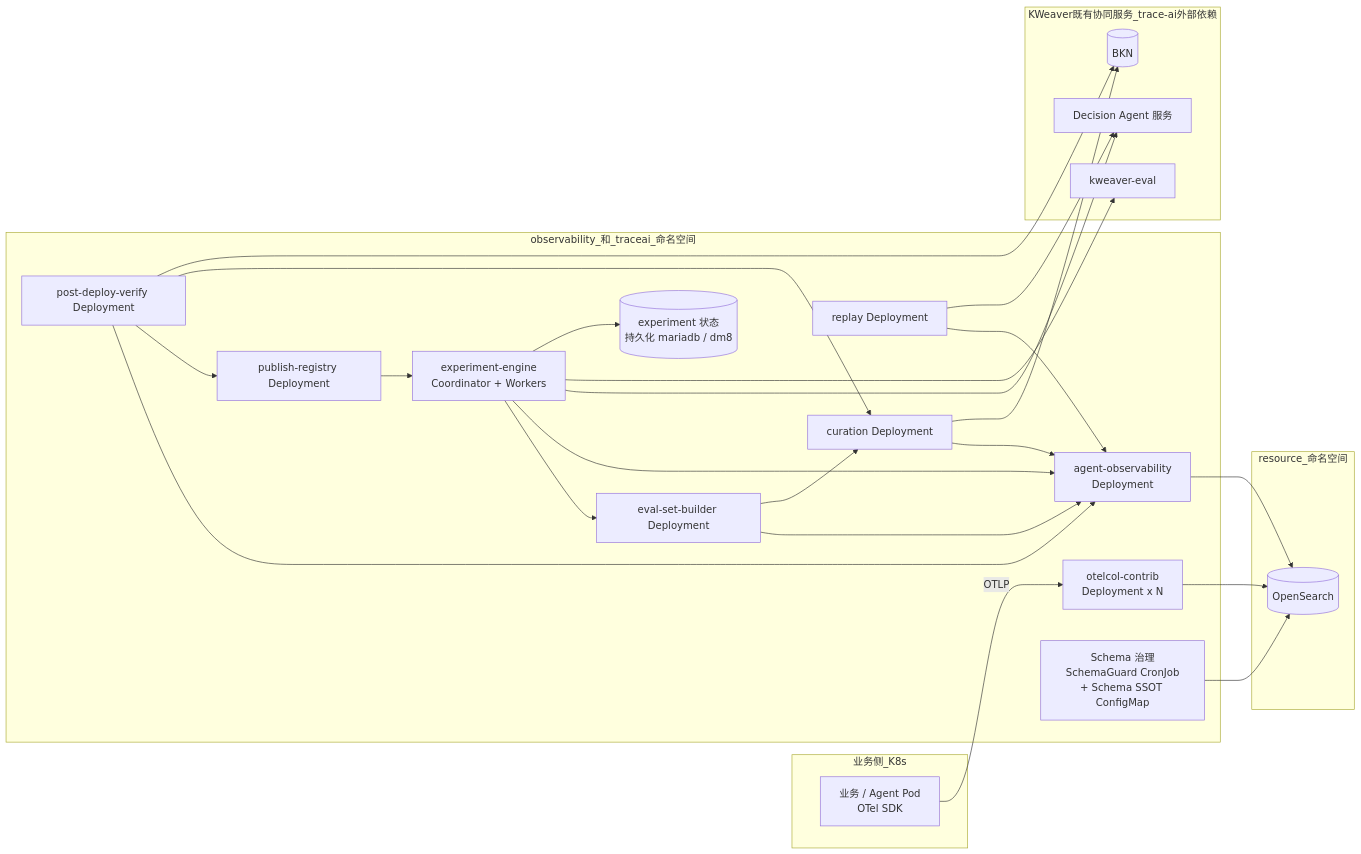
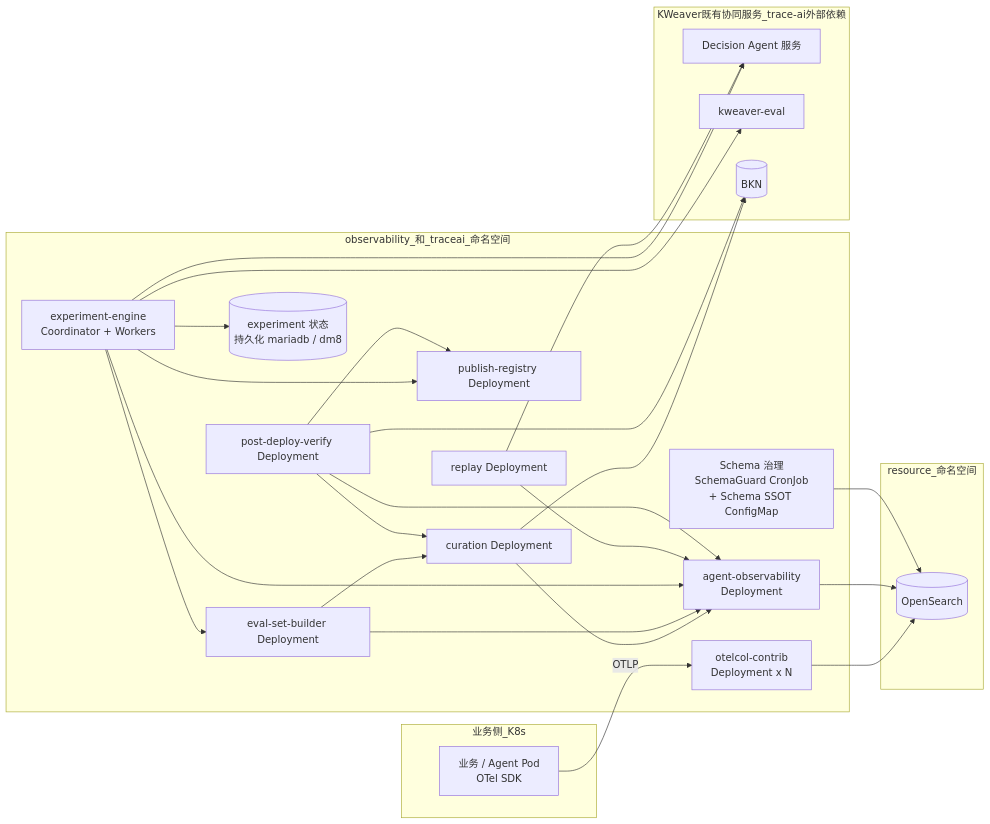
The fourth of 4 diagrams in vision/trace-ai-continuous-learning-design.md (xforce-io/plan-traceai), drawn with Mermaid before and after one commit. The commit also changed other lines of this file and 1 other file, not shown here.

````diff
--- a/vision/trace-ai-continuous-learning-design.md
+++ b/vision/trace-ai-continuous-learning-design.md
@@ -658,50 +608,50 @@
 ```mermaid
 graph LR
     subgraph 业务侧_K8s
         A1[业务 / Agent Pod<br/>OTel SDK]
     end
 
     subgraph observability_和_traceai_命名空间
         Coll[otelcol-contrib<br/>Deployment x N]
         ObsSvc[agent-observability<br/>Deployment]
         CurSvc[curation Deployment]
         EvalSvc[eval-set-builder Deployment]
         ExpCoord[experiment-engine<br/>Coordinator + Workers]
         RepSvc[replay Deployment]
         PubSvc[publish-registry Deployment]
         VfySvc[post-deploy-verify Deployment]
         SchemaSvc[Schema 治理<br/>SchemaGuard CronJob<br/>+ Schema SSOT ConfigMap]
         ExpStore[(experiment 状态<br/>持久化 mariadb / dm8)]
     end
 
     subgraph resource_命名空间
         OS[(OpenSearch)]
     end
 
     subgraph KWeaver既有协同服务_trace-ai外部依赖
         DASvc[Decision Agent 服务]
         EvalCMD[kweaver-eval]
         BKNStore[(BKN)]
     end
 
     A1 -->|OTLP| Coll
     Coll --> OS
     ObsSvc --> OS
     CurSvc --> ObsSvc
     EvalSvc --> ObsSvc
     EvalSvc --> CurSvc
     ExpCoord --> EvalSvc
     ExpCoord --> ObsSvc
     ExpCoord --> DASvc
     ExpCoord --> EvalCMD
     ExpCoord --> ExpStore
     RepSvc --> ObsSvc
     RepSvc --> DASvc
-    PubSvc --> ExpCoord
+    ExpCoord --> PubSvc
     VfySvc --> ObsSvc
     VfySvc --> PubSvc
     VfySvc --> CurSvc
     SchemaSvc --> OS
     CurSvc --> BKNStore
     VfySvc --> BKNStore
 ```
````
